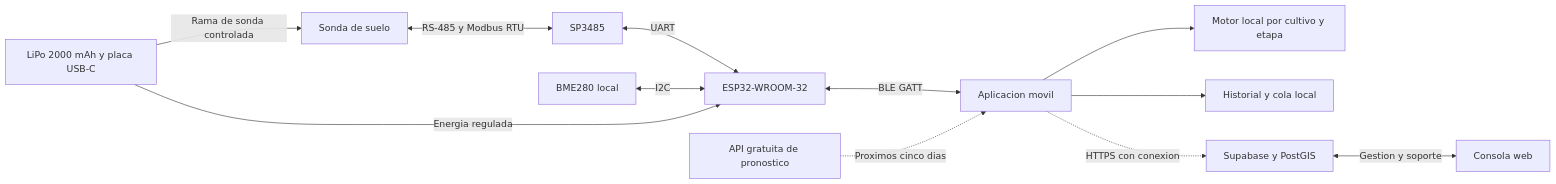
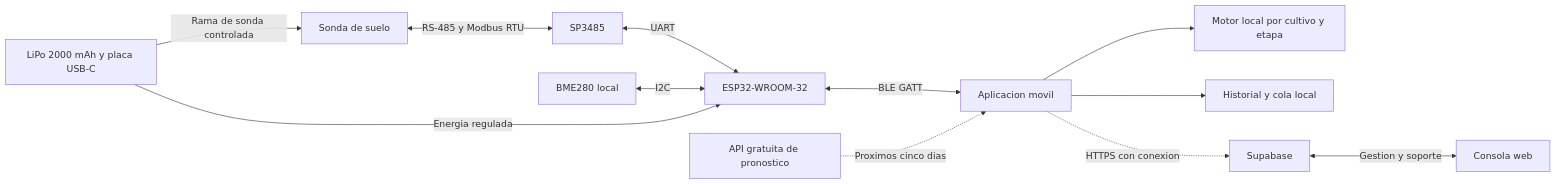
Before and after one commit to Alvarinhoooo7/TerraSence: the fourth of 11 diagrams in docs/INFORME 1 .docx.md, drawn with Mermaid. The commit also changed other lines of this file and 80 other files, not shown here.

````diff
--- a/docs/INFORME 1 .docx.md
+++ b/docs/INFORME 1 .docx.md
@@ -593,14 +593,14 @@
 ```mermaid
 flowchart LR
     S[Sonda de suelo] <-->|RS-485 y Modbus RTU| R[SP3485]
     R <-->|UART| E[ESP32-WROOM-32]
     B[BME280 local] <-->|I2C| E
     P[LiPo 2000 mAh y placa USB-C] -->|Energia regulada| E
     P -->|Rama de sonda controlada| S
     E <-->|BLE GATT| A[Aplicacion movil]
     A --> M[Motor local por cultivo y etapa]
     A --> L[Historial y cola local]
-    A -.->|HTTPS con conexion| C[Supabase y PostGIS]
+    A -.->|HTTPS con conexion| C[Supabase]
     W[API gratuita de pronostico] -.->|Proximos cinco dias| A
     C <-->|Gestion y soporte| V[Consola web]
 ```
````
